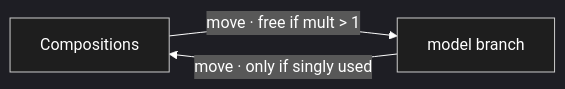
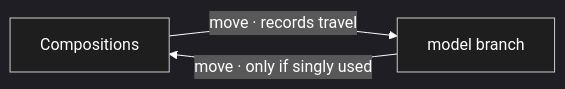
Diagram 28 of 42 in docs/NewConcept/10-domain-core.md (sfambach/wp-taxonomy-modeler), drawn with Mermaid before and after one commit. The commit also changed other lines of this file and 6 other files, not shown here.

````diff
--- a/docs/NewConcept/10-domain-core.md
+++ b/docs/NewConcept/10-domain-core.md
@@ -1824,16 +1833,16 @@
 ```mermaid
 ---
 config:
   theme: dark
   themeVariables:
     mainBkg: "#1e1e1e"
     background: "#1e1e1e"
     primaryColor: "#1e1e1e"
     classText: "#ffffff"
     textColor: "#ffffff"
     lineColor: "#ffffff"
 ---
 flowchart LR
-    K[Compositions] -->|move · free if mult > 1| M[model branch]
+    K[Compositions] -->|move · records travel| M[model branch]
     M -->|move · only if singly used| K
 ```
````
